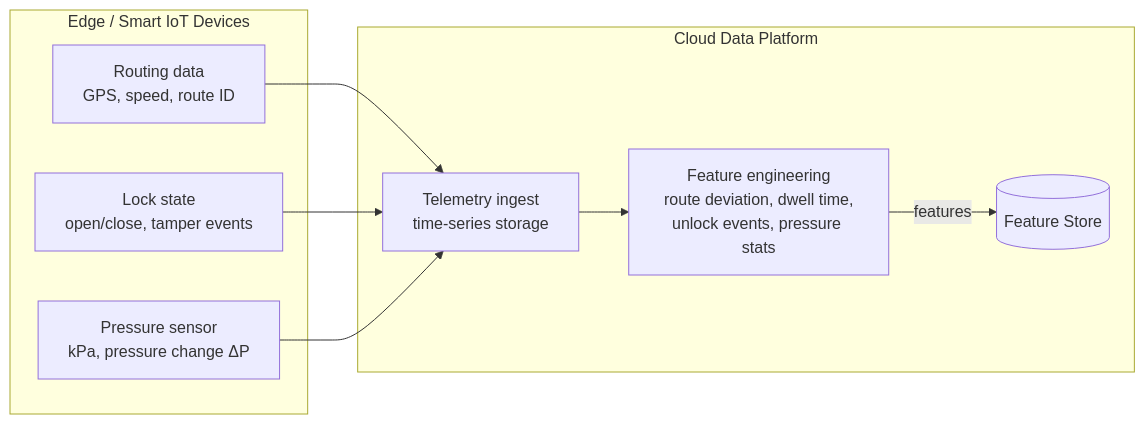
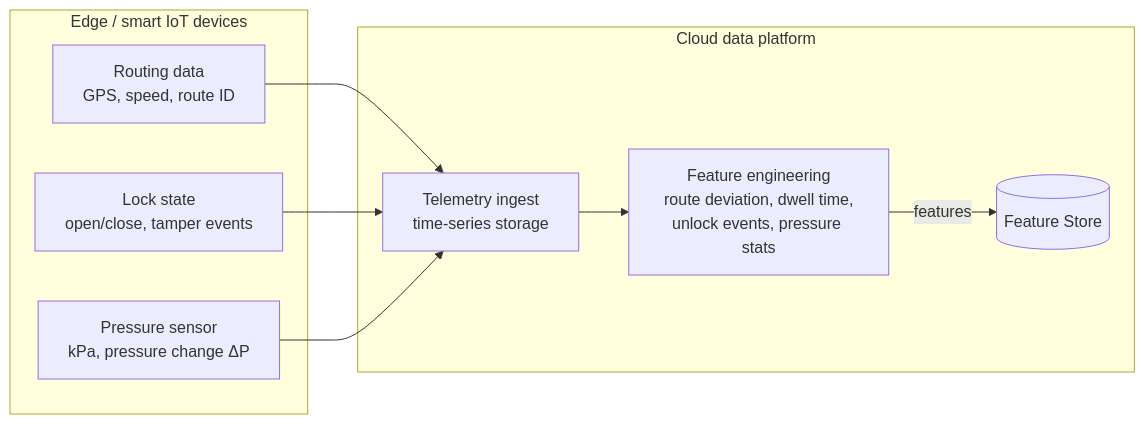
One commit to jshuo/ai-moea-proposal changed the seventh of 10 diagrams in proposal/AI-Application-Enhancement-Program-Proposal-Submission.md. Above: the diagram before and after it, drawn with Mermaid. The commit also changed other lines of this file and 3 other files, not shown here.

````diff
--- a/proposal/AI-Application-Enhancement-Program-Proposal-Submission.md
+++ b/proposal/AI-Application-Enhancement-Program-Proposal-Submission.md
@@ -692,22 +697,22 @@
-```mermaid
-flowchart LR
-  %% Fig. 1: Edge devices and cloud ingest → Feature Store
-  subgraph Edge["Edge / Smart IoT Devices"]
-    GPS[Routing data<br/>GPS, speed, route ID]
-    LOCK[Lock state<br/>open/close, tamper events]
-    PRESS[Pressure sensor<br/>kPa, pressure change ΔP]
-  end
+  ```mermaid
+  flowchart LR
+    %% Diagram 1: Edge devices & cloud ingest → Feature Store
+    subgraph Edge["Edge / smart IoT devices"]
+      GPS[Routing data<br/>GPS, speed, route ID]
+      LOCK[Lock state<br/>open/close, tamper events]
+      PRESS[Pressure sensor<br/>kPa, pressure change ΔP]
+    end
 
-  subgraph Ingest["Cloud Data Platform"]
-    RAW[Telemetry ingest<br/>time-series storage]
-    FEAT[Feature engineering<br/>route deviation, dwell time,<br/>unlock events, pressure stats]
-    FEAT_HUB[(Feature Store)]
-  end
+    subgraph Ingest["Cloud data platform"]
+      RAW[Telemetry ingest<br/>time-series storage]
+      FEAT[Feature engineering<br/>route deviation, dwell time,<br/>unlock events, pressure stats]
+      FEAT_HUB[(Feature Store)]
+    end
 
-  GPS --> RAW
-  LOCK --> RAW
-  PRESS --> RAW
+    GPS --> RAW
+    LOCK --> RAW
+    PRESS --> RAW
 
-  RAW --> FEAT
-  FEAT -->|features| FEAT_HUB
-```
+    RAW --> FEAT
+    FEAT -->|features| FEAT_HUB
+  ```
````
